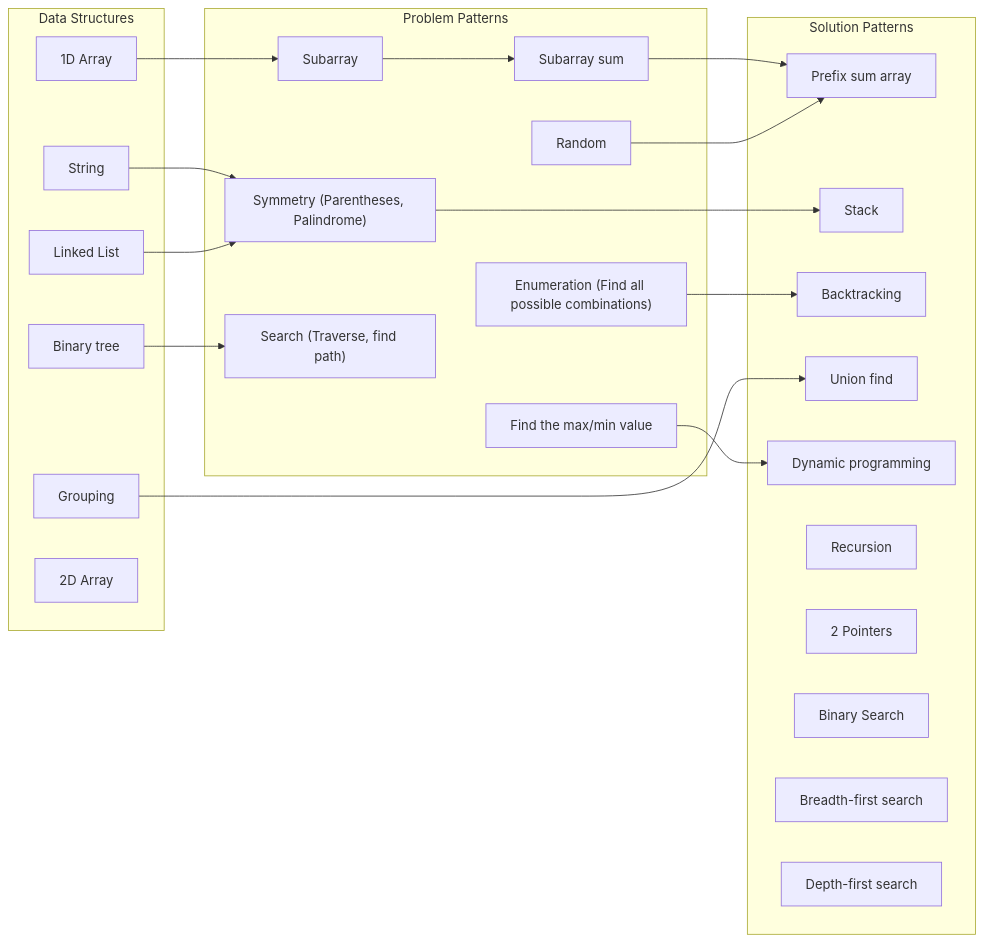
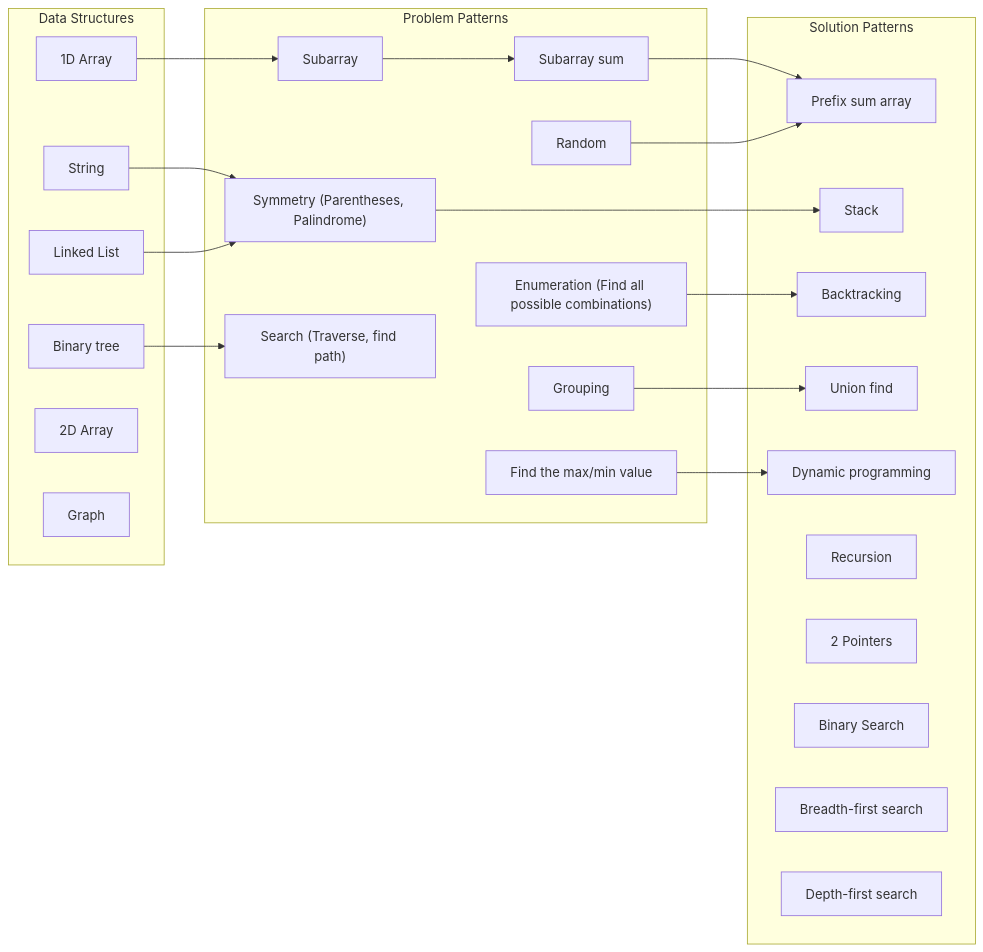
The diagram in README.md (wuyichen24/coding-interview), drawn with Mermaid before and after one commit.

````diff
--- a/README.md
+++ b/README.md
@@ -103,52 +103,52 @@
 ```mermaid
 flowchart LR
    %% data structure --> problem
    1DA-->SA
    ST-->SY
    LL-->SY
    BIT-->SC
    
    %% problem --> solution
    SAS-->PSA
    SY-->SK
    EN-->BT
-   GP-->UF
+   GPG-->UF
    RD-->PSA
    FMM-->DP
 
    %% problem internal
    SA-->SAS
 
    subgraph datastructureSG ["Data Structures"]
       1DA["1D Array"]
       2DA["2D Array"]
       LL["Linked List"]
       ST["String"]
       BIT["Binary tree"]
       GP["Graph"]
    end
 
    subgraph problemSG ["Problem Patterns"]
       SA["Subarray"]
       SAS["Subarray sum"]
       SY["Symmetry (Parentheses, Palindrome)"]
       EN["Enumeration (Find all possible combinations)"]
       SC["Search (Traverse, find path)"]
-      GP["Grouping"]
+      GPG["Grouping"]
       RD["Random"]
       FMM["Find the max/min value"]
    end
 
    subgraph solutionSG [Solution Patterns]
       PSA["Prefix sum array"]
       RC["Recursion"]
       2P["2 Pointers"]
       SK["Stack"]
       BT["Backtracking"]
       BS["Binary Search"]
       BFS["Breadth-first search"]
       DFS["Depth-first search"]
       UF["Union find"]
       DP["Dynamic programming"]
    end
 ```
````
